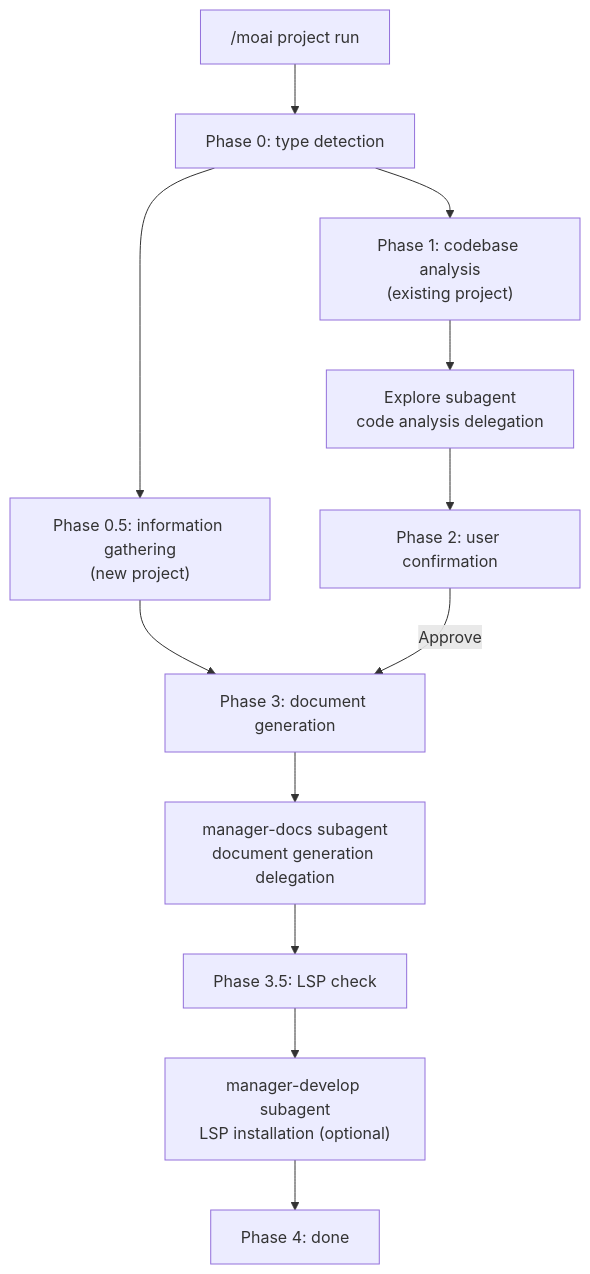
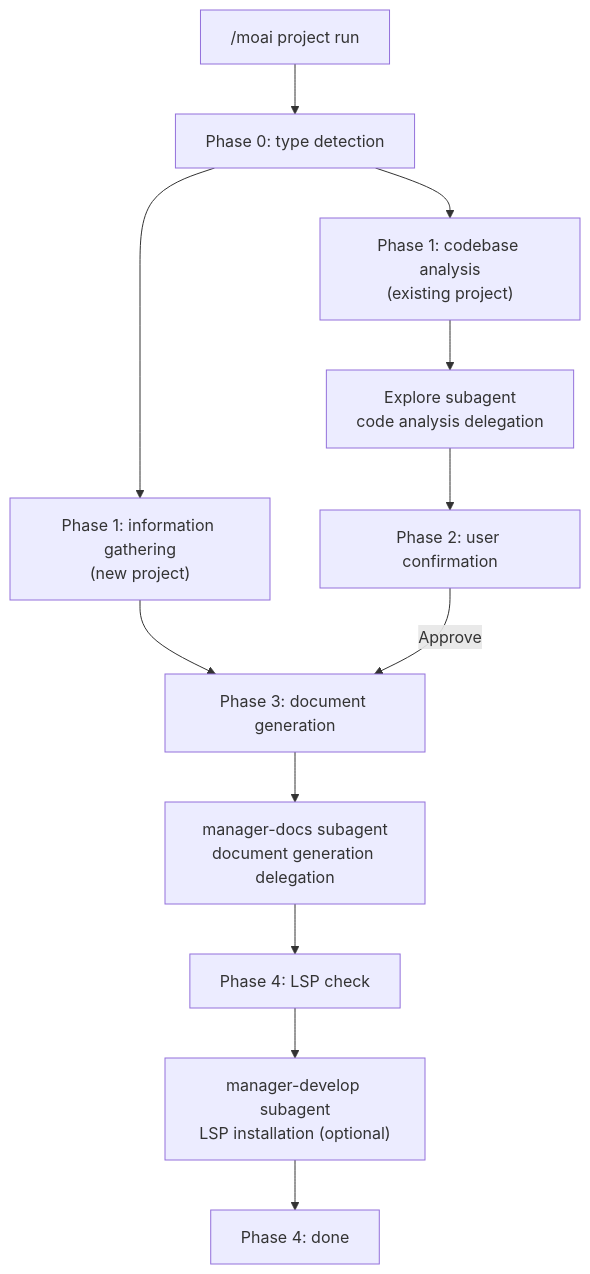
Before and after one commit to modu-ai/moai-adk: the second of 2 diagrams in docs-site/content/en/workflow-commands/moai-project.md, drawn with Mermaid. The commit also changed other lines of this file and 190 other files, not shown here.

````diff
--- a/docs-site/content/en/workflow-commands/moai-project.md
+++ b/docs-site/content/en/workflow-commands/moai-project.md
@@ -506,18 +506,18 @@
 ```mermaid
 flowchart TD
     Start["/moai project run"] --> Phase0["Phase 0: type detection"]
-    Phase0 --> Phase05["Phase 0.5: information gathering<br/>(new project)"]
+    Phase0 --> Phase05["Phase 1: information gathering<br/>(new project)"]
     Phase0 --> Phase1["Phase 1: codebase analysis<br/>(existing project)"]
 
     Phase1 --> Explore["Explore subagent<br/>code analysis delegation"]
     Explore --> Phase2["Phase 2: user confirmation"]
 
     Phase05 --> Phase3["Phase 3: document generation"]
     Phase2 -->|Approve| Phase3
 
     Phase3 --> Docs["manager-docs subagent<br/>document generation delegation"]
-    Docs --> Phase35["Phase 3.5: LSP check"]
+    Docs --> Phase35["Phase 4: LSP check"]
 
     Phase35 --> DevOps["manager-develop subagent<br/>LSP installation (optional)"]
     DevOps --> Phase4["Phase 4: done"]
 ```
````
